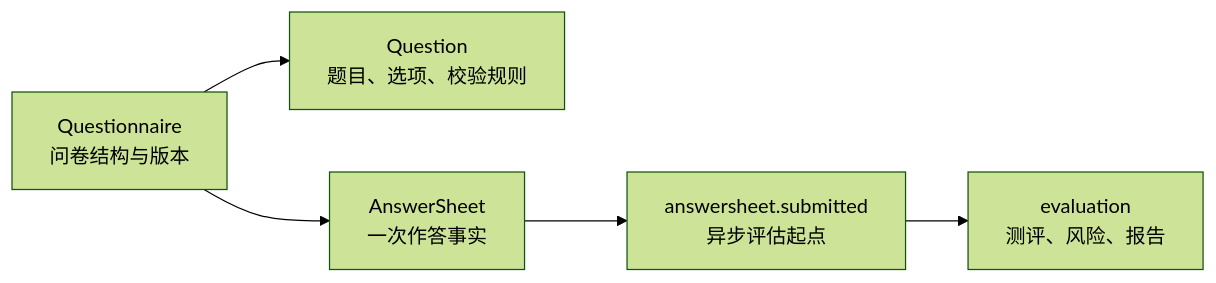
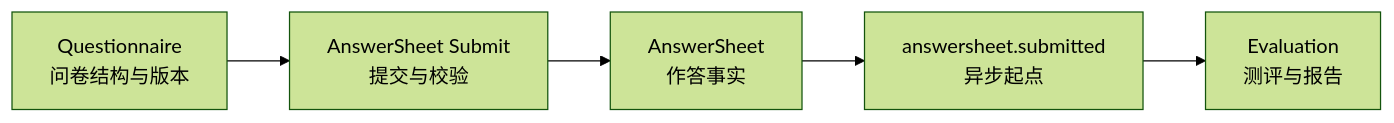
The first of 2 diagrams in docs/02-业务模块/survey/README.md (FangcunMount/qs-server), drawn with Mermaid (forest theme) before and after one commit. The commit also changed other lines of this file and 7 other files, not shown here.

````diff
--- a/docs/02-业务模块/survey/README.md
+++ b/docs/02-业务模块/survey/README.md
@@ -15,12 +191,7 @@
 ```mermaid
 flowchart LR
-    q["Questionnaire<br/>问卷结构与版本"]
-    qs["Question<br/>题目、选项、校验规则"]
-    a["AnswerSheet<br/>一次作答事实"]
-    e["answersheet.submitted<br/>异步评估起点"]
-    eval["evaluation<br/>测评、风险、报告"]
-
-    q --> qs
-    q --> a
-    a --> e --> eval
+    q["Questionnaire<br/>问卷结构与版本"] --> submit["AnswerSheet Submit<br/>提交与校验"]
+    submit --> sheet["AnswerSheet<br/>作答事实"]
+    sheet --> event["answersheet.submitted<br/>异步起点"]
+    event --> eval["Evaluation<br/>测评与报告"]
 ```
````
